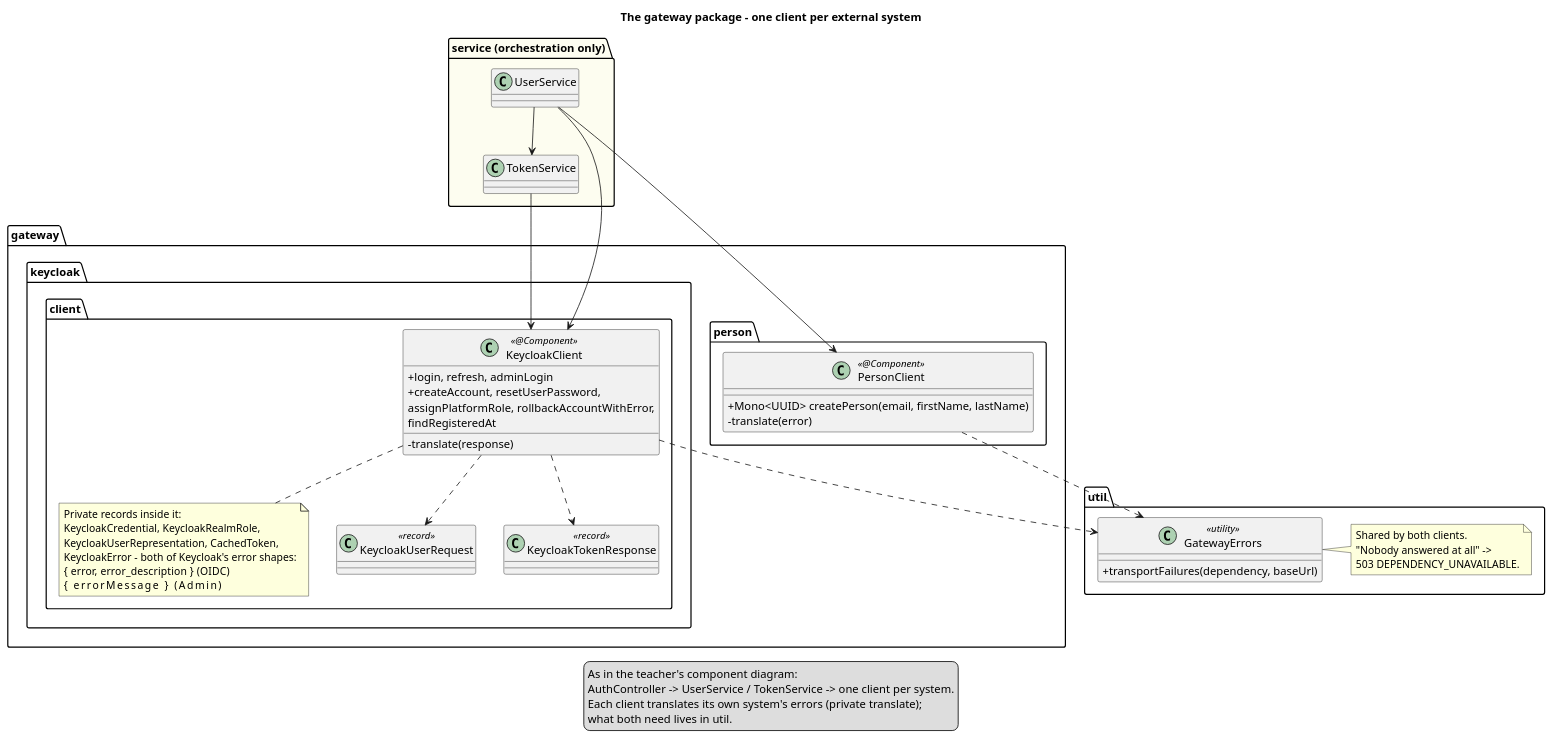
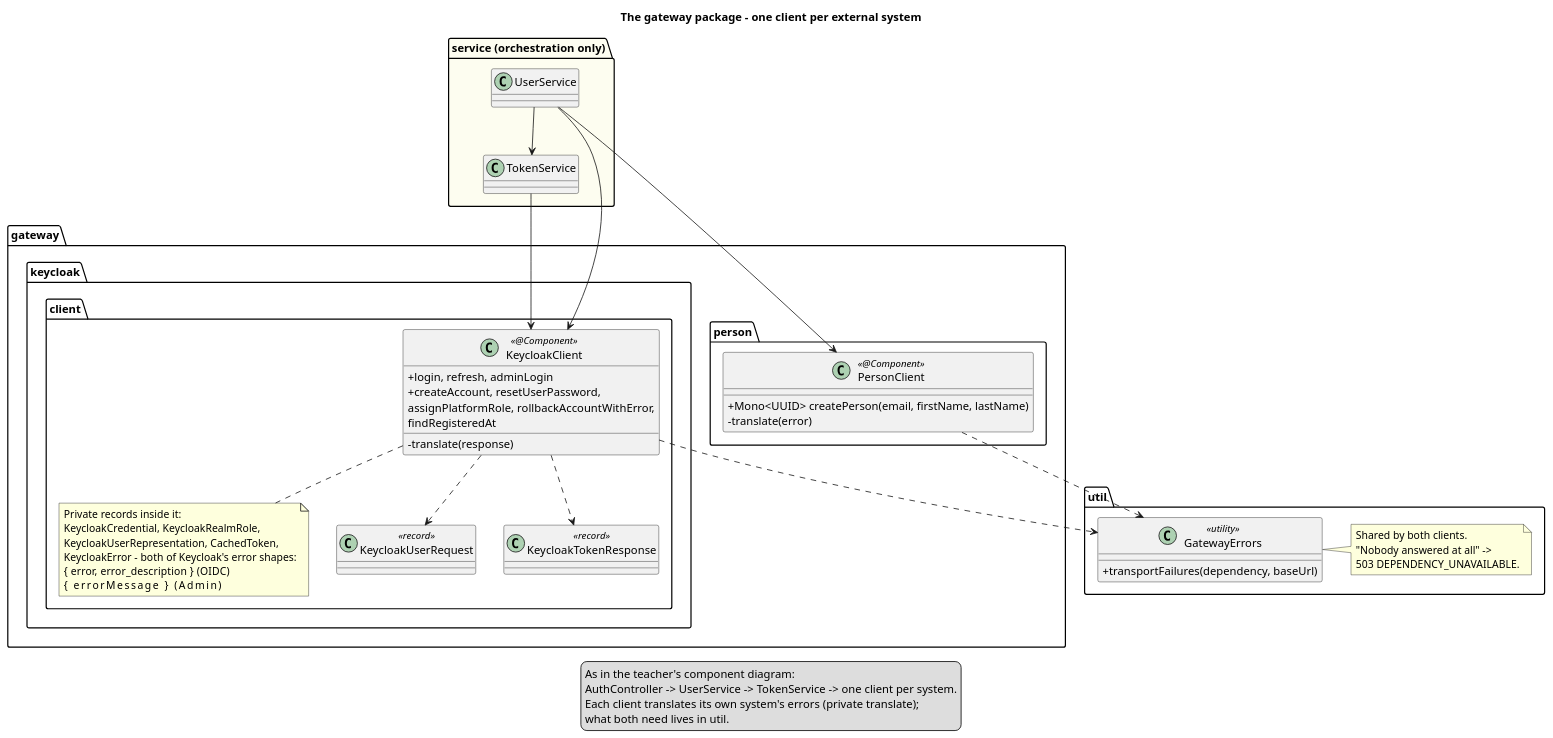
One commit to dezxxx/payment-platform changed the second of 4 diagrams in docs/puml-diagrams/gateway-flow.puml. Above: the diagram before and after it, drawn with PlantUML. The commit also changed 6 other files, not shown here.

Commit message:
refactor: route login and refresh through UserService, as on the component diagram

```diff
--- a/docs/puml-diagrams/gateway-flow.puml
+++ b/docs/puml-diagrams/gateway-flow.puml
@@ -130,70 +130,70 @@
 @startuml gateway-structure
 title The gateway package - one client per external system
 
 skinparam shadowing false
 skinparam classAttributeIconSize 0
 
 package "service (orchestration only)" #FDFDF0 {
   class UserService
   class TokenService
 }
 
 package gateway {
 
   package "gateway.person" {
     class PersonClient <<@Component>> {
       + Mono<UUID> createPerson(email, firstName, lastName)
       - translate(error)
     }
   }
 
   package "gateway.keycloak.client" {
     class KeycloakClient <<@Component>> {
       + login, refresh, adminLogin
       + createAccount, resetUserPassword,
         assignPlatformRole, rollbackAccountWithError,
         findRegisteredAt
       - translate(response)
     }
     class KeycloakUserRequest <<record>>
     class KeycloakTokenResponse <<record>>
     note bottom of KeycloakClient
       Private records inside it:
       KeycloakCredential, KeycloakRealmRole,
       KeycloakUserRepresentation, CachedToken,
       KeycloakError - both of Keycloak's error shapes:
       { error, error_description }  (OIDC)
       { errorMessage }              (Admin)
     end note
   }
 }
 
 package util {
   class GatewayErrors <<utility>> {
     + transportFailures(dependency, baseUrl)
   }
   note right of GatewayErrors
     Shared by both clients.
     "Nobody answered at all" ->
     503 DEPENDENCY_UNAVAILABLE.
   end note
 }
 
 UserService --> PersonClient
 UserService --> KeycloakClient
 UserService --> TokenService
 TokenService --> KeycloakClient
 
 PersonClient ..> GatewayErrors
 KeycloakClient ..> GatewayErrors
 KeycloakClient ..> KeycloakUserRequest
 KeycloakClient ..> KeycloakTokenResponse
 
 legend bottom
   As in the teacher's component diagram:
-  AuthController -> UserService / TokenService -> one client per system.
+  AuthController -> UserService -> TokenService -> one client per system.
   Each client translates its own system's errors (private translate);
   what both need lives in util.
 endlegend
 
 @enduml
```
